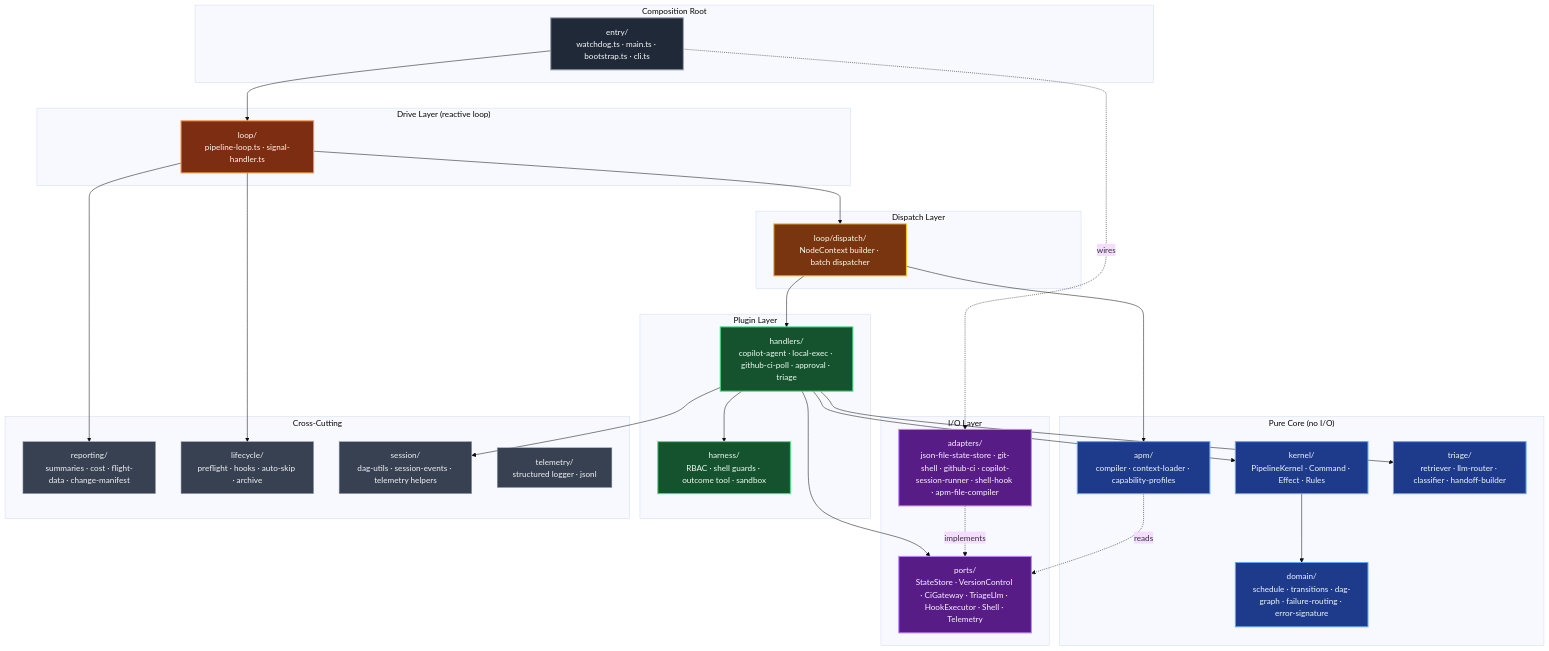
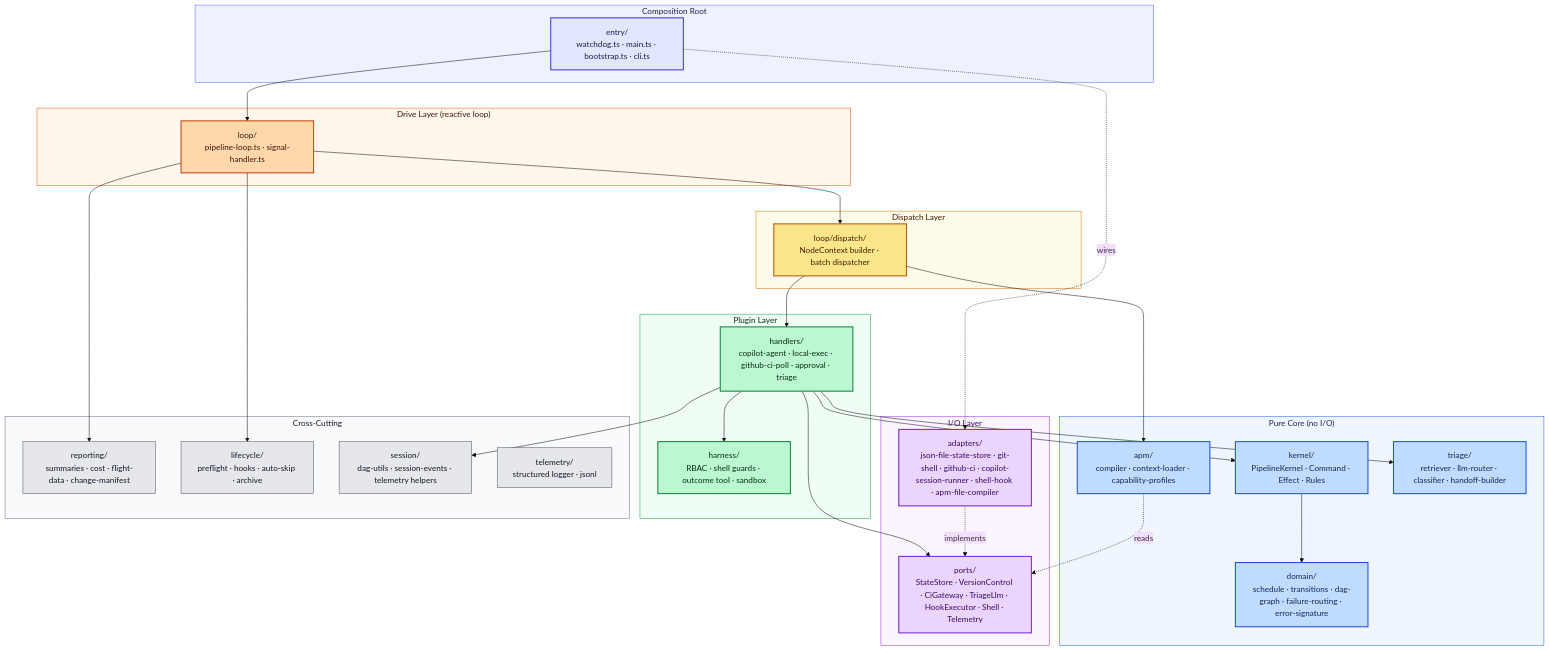
The diagram in tools/autonomous-factory/README.md (RomanKaliupinMelonusa/DAGent-t), drawn with Mermaid (base theme) before and after one commit.

````diff
--- a/tools/autonomous-factory/README.md
+++ b/tools/autonomous-factory/README.md
@@ -26,70 +26,80 @@
 ```mermaid
 flowchart TB
     subgraph CR["Composition Root"]
         ENTRY["entry/<br/>watchdog.ts · main.ts · bootstrap.ts · cli.ts"]
     end
 
     subgraph DRIVE["Drive Layer (reactive loop)"]
         LOOP["loop/<br/>pipeline-loop.ts · signal-handler.ts"]
     end
 
     subgraph DISP["Dispatch Layer"]
         DISPATCH["loop/dispatch/<br/>NodeContext builder · batch dispatcher"]
     end
 
     subgraph PLUG["Plugin Layer"]
         HANDLERS["handlers/<br/>copilot-agent · local-exec · github-ci-poll · approval · triage"]
         HARNESS["harness/<br/>RBAC · shell guards · outcome tool · sandbox"]
     end
 
     subgraph CORE["Pure Core (no I/O)"]
         KERNEL["kernel/<br/>PipelineKernel · Command · Effect · Rules"]
         DOMAIN["domain/<br/>schedule · transitions · dag-graph · failure-routing · error-signature"]
         APM["apm/<br/>compiler · context-loader · capability-profiles"]
         TRIAGE["triage/<br/>retriever · llm-router · classifier · handoff-builder"]
     end
 
     subgraph IO["I/O Layer"]
         PORTS["ports/<br/>StateStore · VersionControl · CiGateway · TriageLlm · HookExecutor · Shell · Telemetry"]
         ADAPTERS["adapters/<br/>json-file-state-store · git-shell · github-ci · copilot-session-runner · shell-hook · apm-file-compiler"]
     end
 
     subgraph XCUT["Cross-Cutting"]
         REPORTING["reporting/<br/>summaries · cost · flight-data · change-manifest"]
         LIFECYCLE["lifecycle/<br/>preflight · hooks · auto-skip · archive"]
         SESSION["session/<br/>dag-utils · session-events · telemetry helpers"]
         TELEMETRY["telemetry/<br/>structured logger · jsonl"]
     end
 
     ENTRY --> LOOP
     LOOP --> DISPATCH
     DISPATCH --> HANDLERS
     HANDLERS --> HARNESS
     HANDLERS --> KERNEL
     HANDLERS --> TRIAGE
     HANDLERS --> PORTS
     KERNEL --> DOMAIN
     DISPATCH --> APM
     APM -.->|reads| PORTS
     ADAPTERS -.->|implements| PORTS
     ENTRY -.->|wires| ADAPTERS
     LOOP --> REPORTING
     LOOP --> LIFECYCLE
     HANDLERS --> SESSION
 
-    classDef compRoot fill:#1f2937,stroke:#9ca3af,stroke-width:2px,color:#f9fafb
-    classDef drive fill:#7c2d12,stroke:#fb923c,stroke-width:2px,color:#fff7ed
-    classDef dispatch fill:#78350f,stroke:#fbbf24,stroke-width:2px,color:#fffbeb
-    classDef plugin fill:#14532d,stroke:#4ade80,stroke-width:2px,color:#f0fdf4
-    classDef core fill:#1e3a8a,stroke:#60a5fa,stroke-width:2px,color:#eff6ff
-    classDef io fill:#581c87,stroke:#c084fc,stroke-width:2px,color:#faf5ff
-    classDef xcut fill:#374151,stroke:#9ca3af,stroke-width:1px,color:#f3f4f6
+    %% Node styles — vivid fills, dark text
+    classDef compRoot fill:#e0e7ff,stroke:#4338ca,stroke-width:2px,color:#1e1b4b
+    classDef drive fill:#fed7aa,stroke:#c2410c,stroke-width:2px,color:#431407
+    classDef dispatch fill:#fde68a,stroke:#b45309,stroke-width:2px,color:#451a03
+    classDef plugin fill:#bbf7d0,stroke:#15803d,stroke-width:2px,color:#052e16
+    classDef core fill:#bfdbfe,stroke:#1d4ed8,stroke-width:2px,color:#172554
+    classDef io fill:#e9d5ff,stroke:#7e22ce,stroke-width:2px,color:#3b0764
+    classDef xcut fill:#e5e7eb,stroke:#4b5563,stroke-width:1px,color:#111827
 
     class ENTRY compRoot
     class LOOP drive
     class DISPATCH dispatch
     class HANDLERS,HARNESS plugin
     class KERNEL,DOMAIN,APM,TRIAGE core
     class PORTS,ADAPTERS io
     class REPORTING,LIFECYCLE,SESSION,TELEMETRY xcut
+
+    %% Subgraph container tints (matching each layer, lighter)
+    style CR fill:#eef2ff,stroke:#6366f1,stroke-width:1px,color:#1e1b4b
+    style DRIVE fill:#fff7ed,stroke:#ea580c,stroke-width:1px,color:#431407
+    style DISP fill:#fffbeb,stroke:#d97706,stroke-width:1px,color:#451a03
+    style PLUG fill:#f0fdf4,stroke:#16a34a,stroke-width:1px,color:#052e16
+    style CORE fill:#eff6ff,stroke:#2563eb,stroke-width:1px,color:#172554
+    style IO fill:#faf5ff,stroke:#9333ea,stroke-width:1px,color:#3b0764
+    style XCUT fill:#f9fafb,stroke:#6b7280,stroke-width:1px,color:#111827
 ```
````
